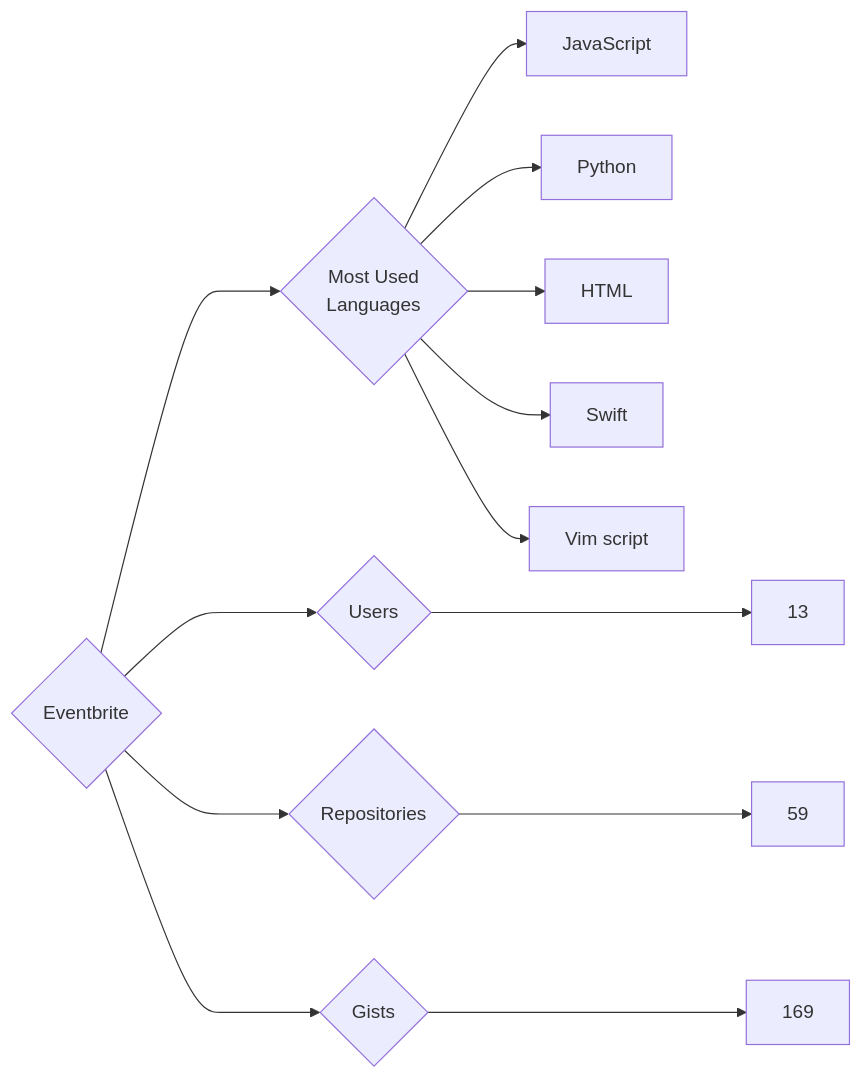
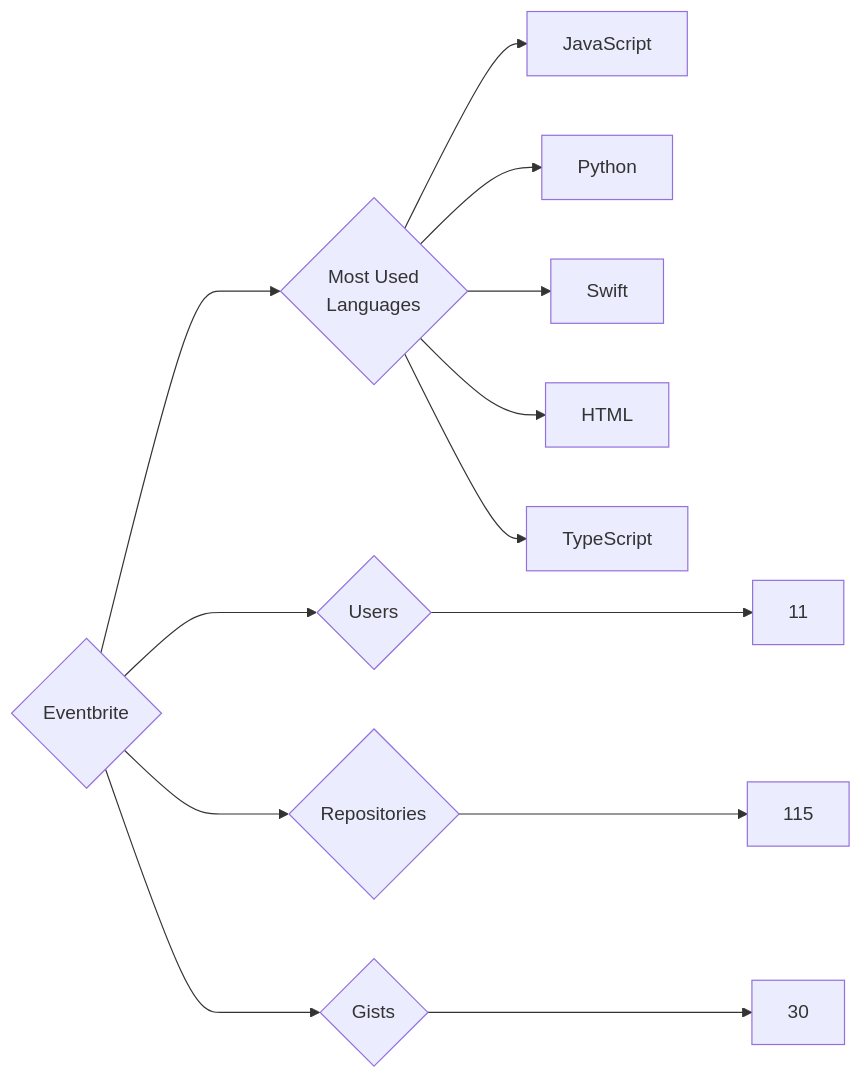
The diagram in targets/Eventbrite/README.md (trickest/insiders), drawn with Mermaid before and after one commit. The commit also changed 629 other files, not shown here.

````diff
--- a/targets/Eventbrite/README.md
+++ b/targets/Eventbrite/README.md
@@ -3,13 +3,13 @@
 ```mermaid
 graph LR
 COMPANY_NAME{Eventbrite}
-COMPANY_NAME ---> U{Users} ---> UN[13]
-COMPANY_NAME ---> R{Repositories} ---> RN[59]
-COMPANY_NAME ---> G{Gists} ---> GN[169]
+COMPANY_NAME ---> U{Users} ---> UN[11]
+COMPANY_NAME ---> R{Repositories} ---> RN[115]
+COMPANY_NAME ---> G{Gists} ---> GN[30]
 COMPANY_NAME ---> ML{Most Used<br>Languages}
 ML --> JavaScript[JavaScript]
 ML --> Python[Python]
+ML --> Swift[Swift]
 ML --> HTML[HTML]
-ML --> Swift[Swift]
-ML --> Vim_script[Vim script]
+ML --> TypeScript[TypeScript]
 ```
````
